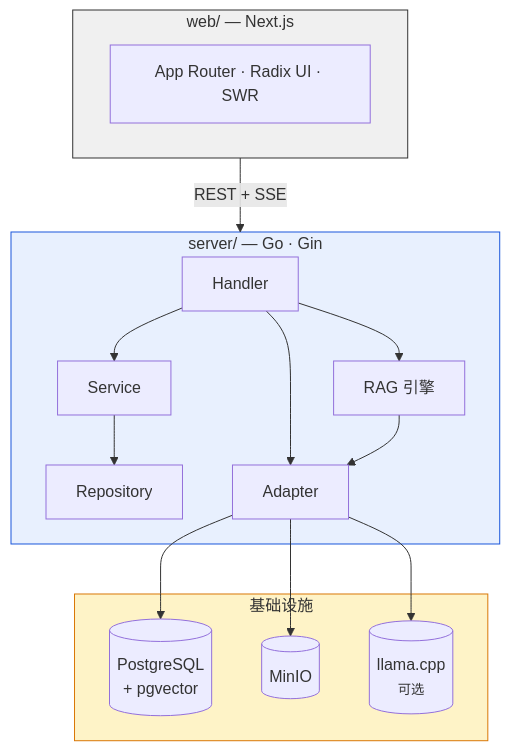
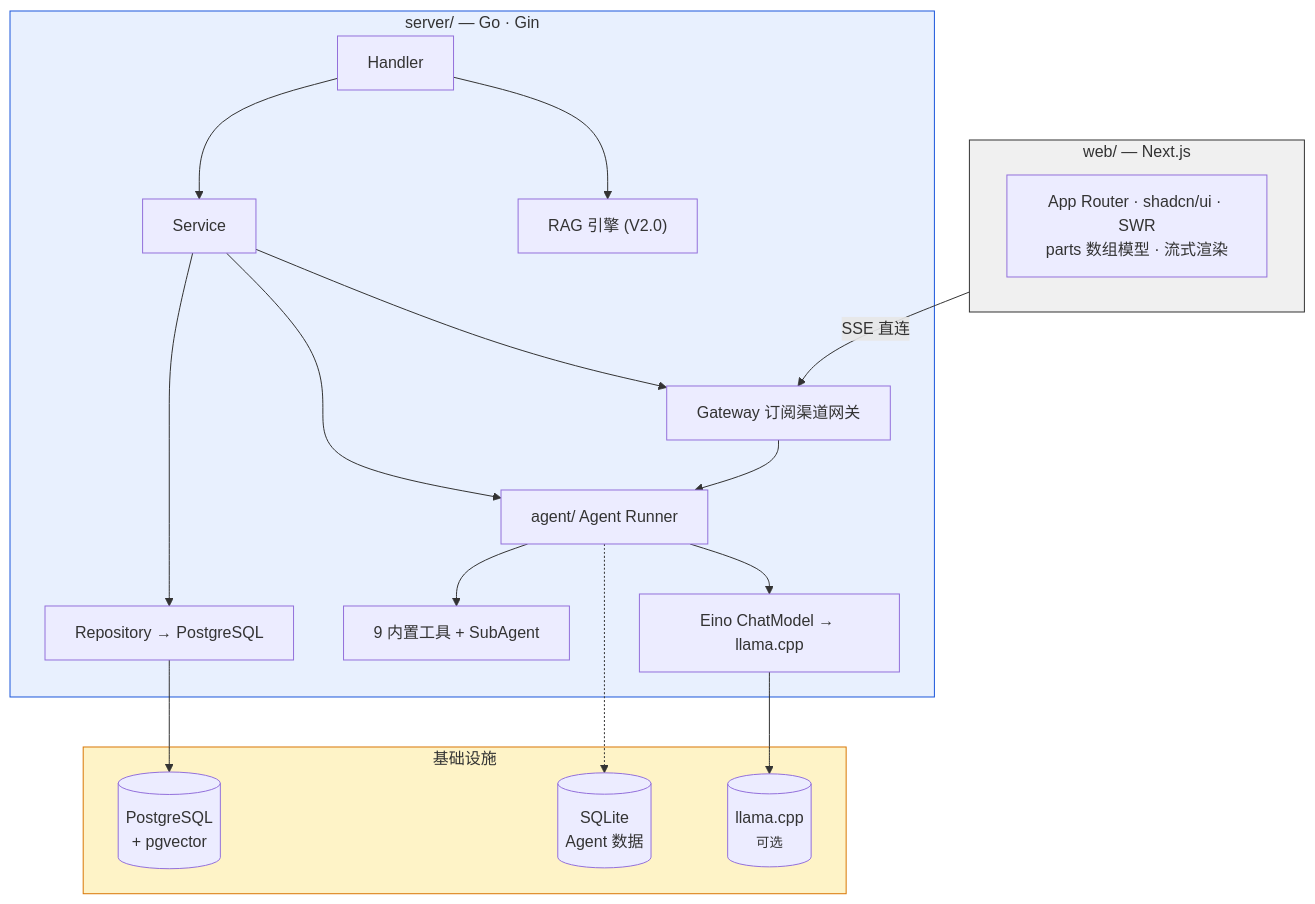
Before and after one commit to int2t05/Cognik: the third of 4 diagrams in README.md, drawn with Mermaid. The commit also changed other lines of this file and 3 other files, not shown here.

````diff
--- a/README.md
+++ b/README.md
@@ -54,26 +64,29 @@
 ```mermaid
 graph TB
     subgraph Frontend["web/ — Next.js"]
-        UI["App Router · Radix UI · SWR"]
+        UI["App Router · shadcn/ui · SWR<br>parts 数组模型 · 流式渲染"]
     end
     subgraph Backend["server/ — Go · Gin"]
-        H["Handler"] --> S["Service"]
-        S --> R["Repository"]
-        H --> RAG["RAG 引擎"]
-        H --> ADP["Adapter"]
+        H["Handler"] --> SVC["Service"]
+        SVC --> GW["Gateway 订阅渠道网关"]
+        SVC --> AG["agent/ Agent Runner"]
+        AG --> MODEL["Eino ChatModel → llama.cpp"]
+        AG --> TOOLS["9 内置工具 + SubAgent"]
+        SVC --> R["Repository → PostgreSQL"]
+        H --> RAG["RAG 引擎 (V2.0)"]
     end
     subgraph Infra["基础设施"]
         PG[("PostgreSQL<br>+ pgvector")]
-        MinIO[("MinIO")]
+        SQLite[("SQLite<br>Agent 数据")]
         LLM[("llama.cpp<br><small>可选</small>")]
     end
-    Frontend -->|"REST + SSE"| Backend
-    ADP --> PG
-    ADP --> MinIO
-    ADP --> LLM
-    RAG --> ADP
+    Frontend -->|"SSE 直连"| GW
+    GW --> AG
+    R --> PG
+    AG -.-> SQLite
+    MODEL --> LLM
 
     style Frontend fill:#f0f0f0,stroke:#333
     style Backend fill:#e8f0fe,stroke:#1a56db
     style Infra fill:#fef3c7,stroke:#d97706
 ```
````
